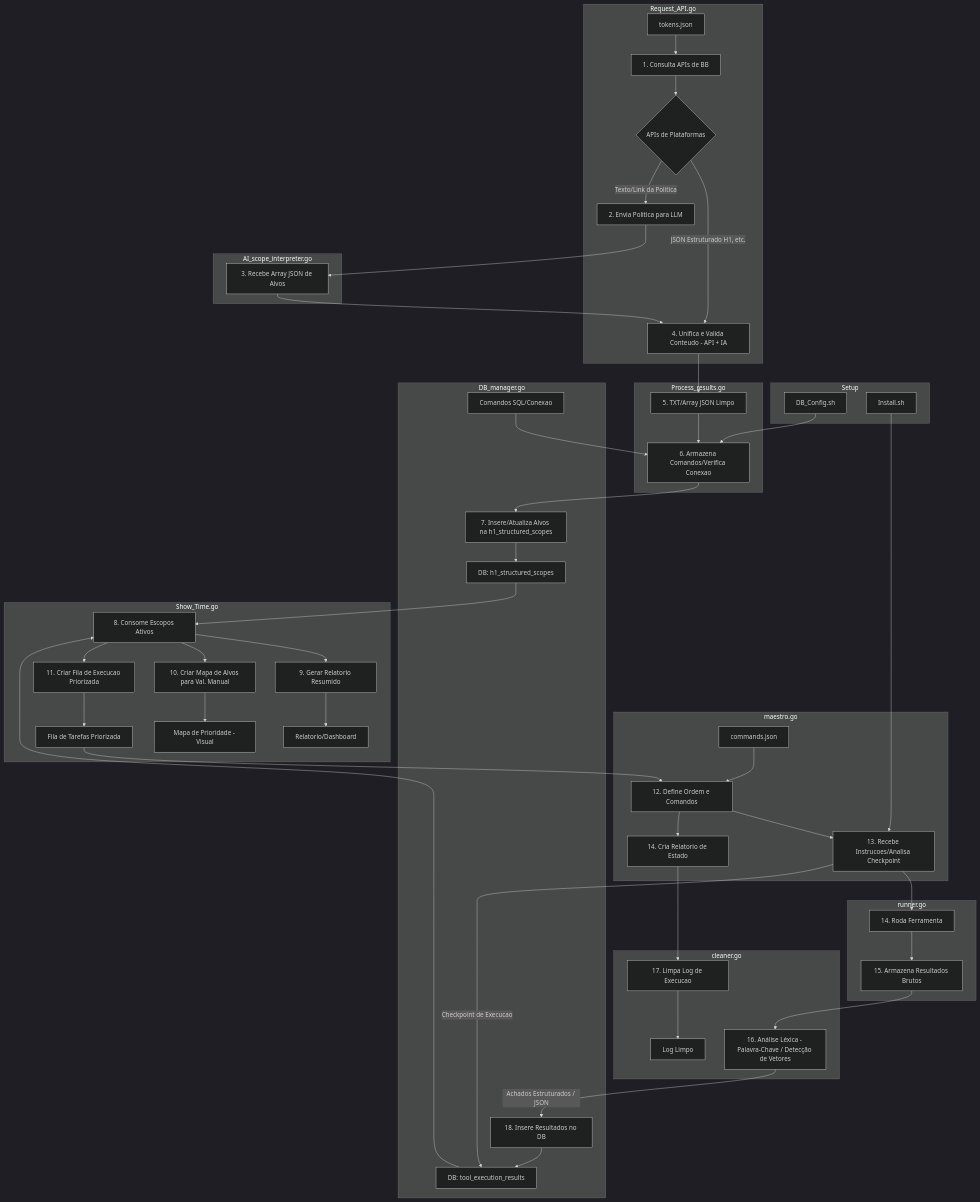
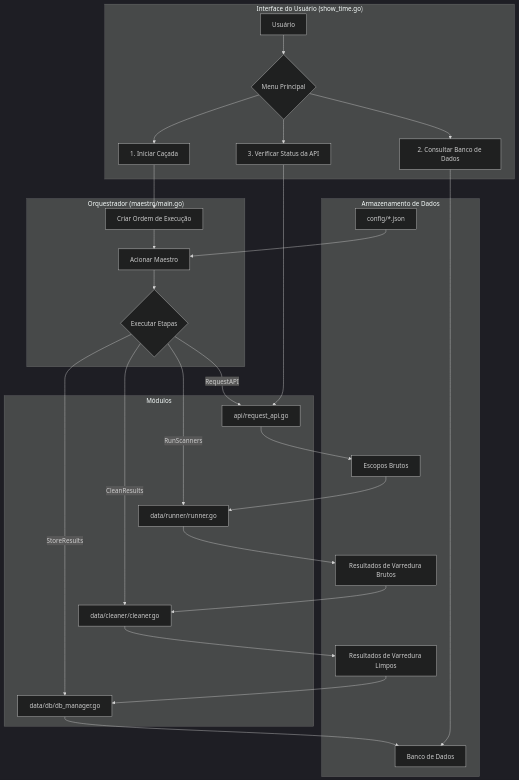
Before and after one commit to morteerror404/AutoHunting: the diagram in Readme.md, drawn with Mermaid. The commit also changed other lines of this file and 3 other files, not shown here.

````diff
--- a/Readme.md
+++ b/Readme.md
@@ -17,103 +15,38 @@
 ---
 flowchart TD
 
-  %% ==========================================================
-  %% Subgraph de Configuração Inicial (SETUP)
-  %% ==========================================================
-  subgraph Setup
-    DB_Config[DB_Config.sh]
-    Install[Install.sh]
-  end
-  
-  %% ==========================================================
-  %% Subgraph de Coleta de Dados Brutos (INPUT)
-  %% ==========================================================
-  subgraph Request_API.go
-    A[tokens.json] --> ReqAPI_B[1. Consulta APIs de BB]
-    ReqAPI_B --> API_BB{APIs de Plataformas}
-    API_BB -- JSON Estruturado H1, etc. --> Proc_E
-    API_BB -- Texto/Link da Politica --> AI_D
+  subgraph "Interface do Usuário (show_time.go)"
+    A[Usuário] --> B{Menu Principal};
+    B --> C[1. Iniciar Caçada];
+    B --> D[2. Consultar Banco de Dados];
+    B --> E[3. Verificar Status da API];
   end
 
-  %% ==========================================================
-  %% Subgraph de Interpretacao de IA
-  %% ==========================================================
-  subgraph AI_scope_interpreter.go
-    AI_D[2. Envia Politica para LLM] --> AI_F[3. Recebe Array JSON de Alvos]
-    AI_F --> Proc_E
+  subgraph "Orquestrador (maestro/main.go)"
+    C --> F[Criar Ordem de Execução];
+    F --> G[Acionar Maestro];
+    G --> H{Executar Etapas};
   end
 
-  %% ==========================================================
-  %% Subgraph de Processamento e Limpeza
-  %% ==========================================================
-  subgraph Process_results.go
-    Proc_E[4. Unifica e Valida Conteudo - API + IA] --> F[5. TXT/Array JSON Limpo]
-    F --> DBM_G
+  subgraph "Módulos"
+    H -- "RequestAPI" --> I[api/request_api.go];
+    H -- "RunScanners" --> J[data/runner/runner.go];
+    H -- "CleanResults" --> K[data/cleaner/cleaner.go];
+    H -- "StoreResults" --> L[data/db/db_manager.go];
   end
 
-  %% ==========================================================
-  %% Subgraph de Gerenciamento do Banco de Dados
-  %% ==========================================================
-  subgraph DB_manager.go
-    H[Comandos SQL/Conexao] --> DBM_G[6. Armazena Comandos/Verifica Conexao]
-    DBM_G --> DBM_I[7. Insere/Atualiza Alvos na h1_structured_scopes]
-    DBM_I --> DB_I[DB: h1_structured_scopes]
-    
-    %% Conexão de Retorno do Cleaner
-    DBM_N[18. Insere Resultados no DB] --> DB_N[DB: tool_execution_results]
+  subgraph "Armazenamento de Dados"
+    M[config/*.json] --> G;
+    I --> N[Escopos Brutos];
+    J --> O[Resultados de Varredura Brutos];
+    K --> P[Resultados de Varredura Limpos];
+    L --> Q[Banco de Dados];
   end
 
-  %% ==========================================================
-  %% Subgraph de Analise e Priorizacao
-  %% ==========================================================
-  subgraph Show_Time.go
-    DB_I --> ST_J[8. Consome Escopos Ativos]
-    DB_N --> ST_J
-    
-    ST_J --> ST_K1[9. Gerar Relatorio Resumido]
-    ST_J --> ST_K2[10. Criar Mapa de Alvos para Val. Manual]
-    ST_J --> ST_K3[11. Criar Fila de Execucao Priorizada]
-    
-    ST_K1 --> Relatorio_Resumo[Relatorio/Dashboard]
-    ST_K2 --> Mapa_Manual[Mapa de Prioridade - Visual]
-    ST_K3 --> Fila_Maestro[Fila de Tarefas Priorizada]
-  end
+  D --> Q;
+  E --> I;
+  N --> J;
+  O --> K;
+  P --> L;
 
-  %% ==========================================================
-  %% Subgraph de Orquestracao
-  %% ==========================================================
-  subgraph maestro.go
-    L[commands.json] --> M_L[12. Define Ordem e Comandos]
-    Fila_Maestro --> M_L
-    M_L --> R_R
-    M_L --> M_O[14. Cria Relatorio de Estado]
-  end
-  
-  %% ==========================================================
-  %% Subgraph de Execução Motor
-  %% ==========================================================
-  subgraph runner.go
-    R_R[13. Recebe Instrucoes/Analisa Checkpoint] --> Ferramentas[14. Roda Ferramenta]
-    Ferramentas --> Pasta_Bruta[15. Armazena Resultados Brutos]
-    R_R -- Checkpoint de Execucao --> DB_N
-  end
-
-  %% ==========================================================
-  %% Subgraph de Tratamento de Resultados e Limpeza
-  %% ==========================================================
-  subgraph cleaner.go
-    Pasta_Bruta --> C_P1[16. Análise Léxica - Palavra-Chave / Detecção de Vetores]
-    M_O --> C_P2[17. Limpa Log de Execucao]
-    C_P1 -- Achados Estruturados / JSON --> DBM_N
-    C_P2 --> Q[Log Limpo]
-  end
-
-
-  %% ==========================================================
-  %% FLUXO DE CONEXÃO
-  %% ==========================================================
-  
-  %% Setup Conexoes
-  Install --> R_R
-  DB_Config --> DBM_G
 ```
````
